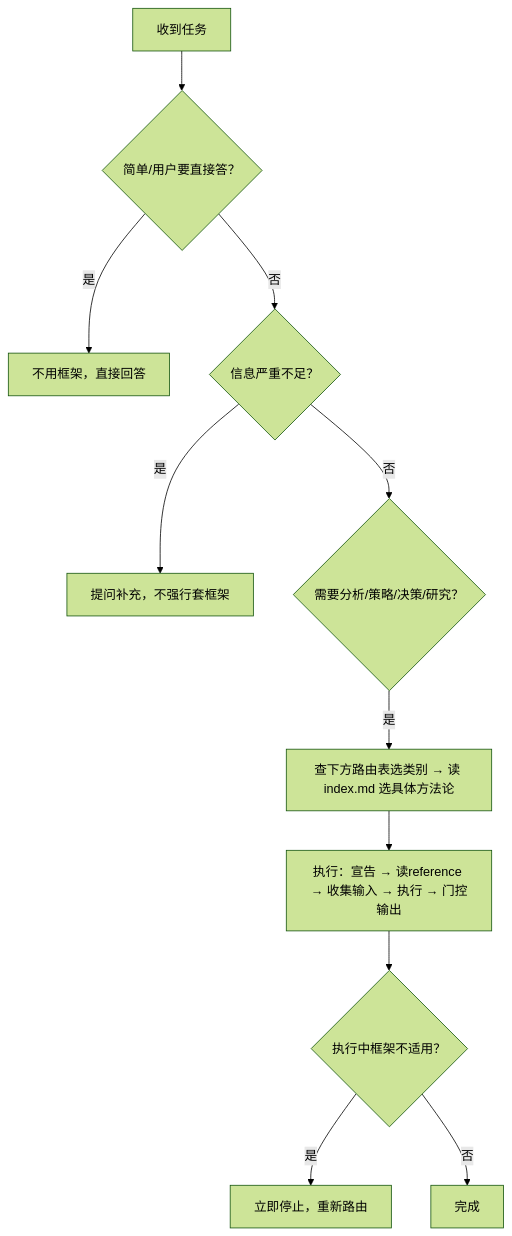
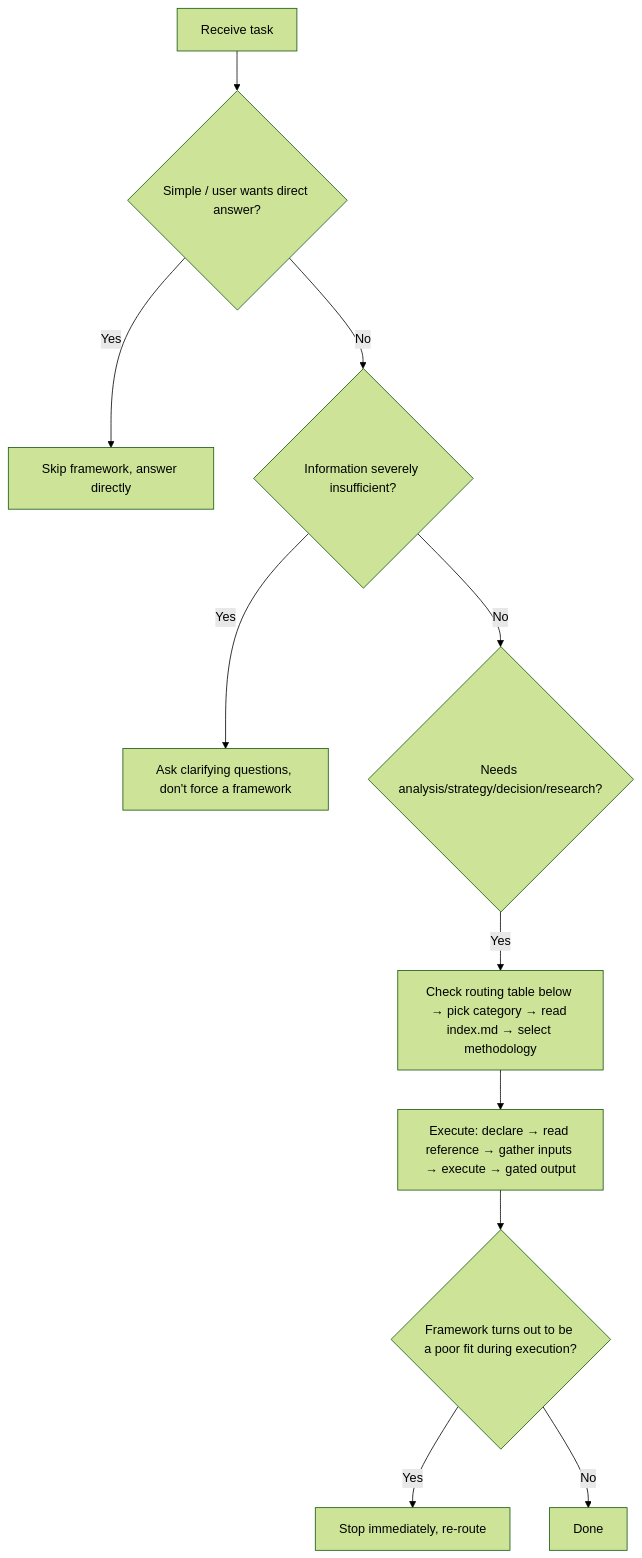
Before and after one commit to Kirky-X/kueiku: the diagram in SKILL.md, drawn with Mermaid (forest theme). The commit also changed other lines of this file and 161 other files, not shown here.

````diff
--- a/SKILL.md
+++ b/SKILL.md
@@ -13,13 +13,13 @@
 ```mermaid
 flowchart TD
-    A["收到任务"] --> B{"简单/用户要直接答？"}
-    B -- 是 --> C["不用框架，直接回答"]
-    B -- 否 --> D{"信息严重不足？"}
-    D -- 是 --> E["提问补充，不强行套框架"]
-    D -- 否 --> F{"需要分析/策略/决策/研究？"}
-    F -- 是 --> G["查下方路由表选类别 → 读 index.md 选具体方法论"]
-    G --> H["执行：宣告 → 读reference → 收集输入 → 执行 → 门控输出"]
-    H --> I{"执行中框架不适用？"}
-    I -- 是 --> J["立即停止，重新路由"]
-    I -- 否 --> K["完成"]
+    A["Receive task"] --> B{"Simple / user wants direct answer?"}
+    B -- Yes --> C["Skip framework, answer directly"]
+    B -- No --> D{"Information severely insufficient?"}
+    D -- Yes --> E["Ask clarifying questions, don't force a framework"]
+    D -- No --> F{"Needs analysis/strategy/decision/research?"}
+    F -- Yes --> G["Check routing table below → pick category → read index.md → select methodology"]
+    G --> H["Execute: declare → read reference → gather inputs → execute → gated output"]
+    H --> I{"Framework turns out to be a poor fit during execution?"}
+    I -- Yes --> J["Stop immediately, re-route"]
+    I -- No --> K["Done"]
 ```
````
